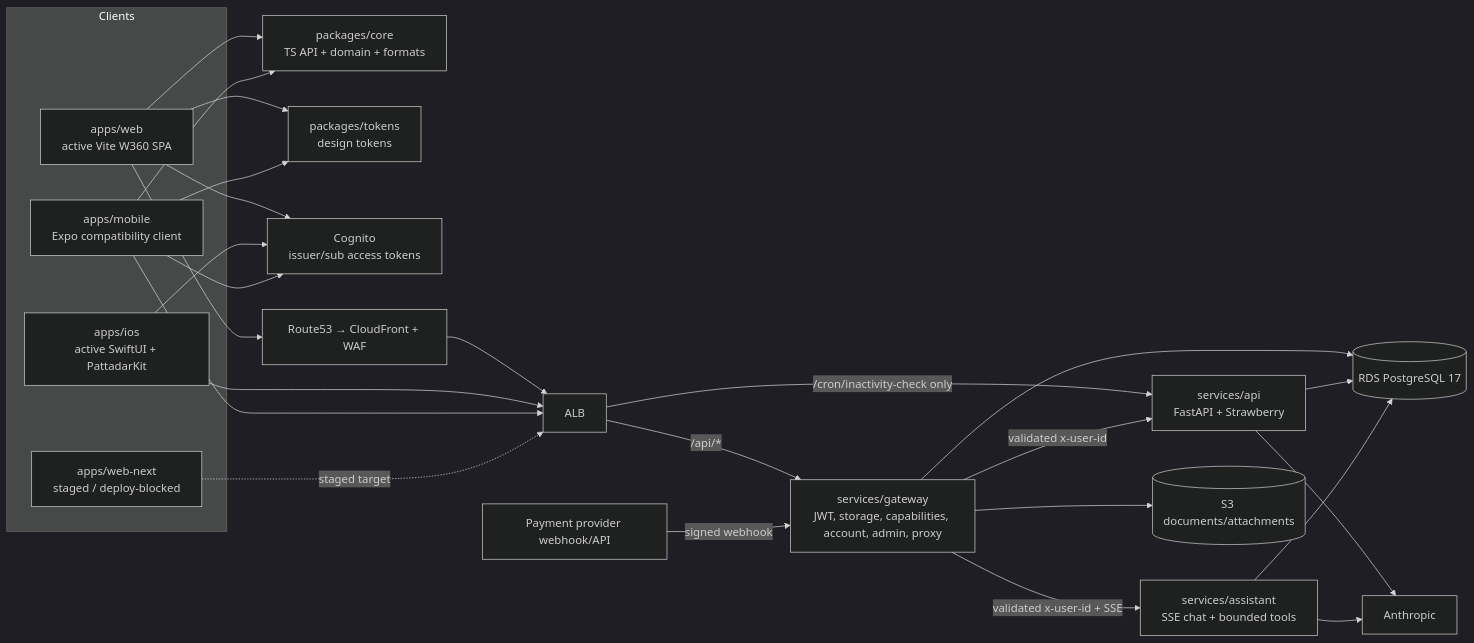
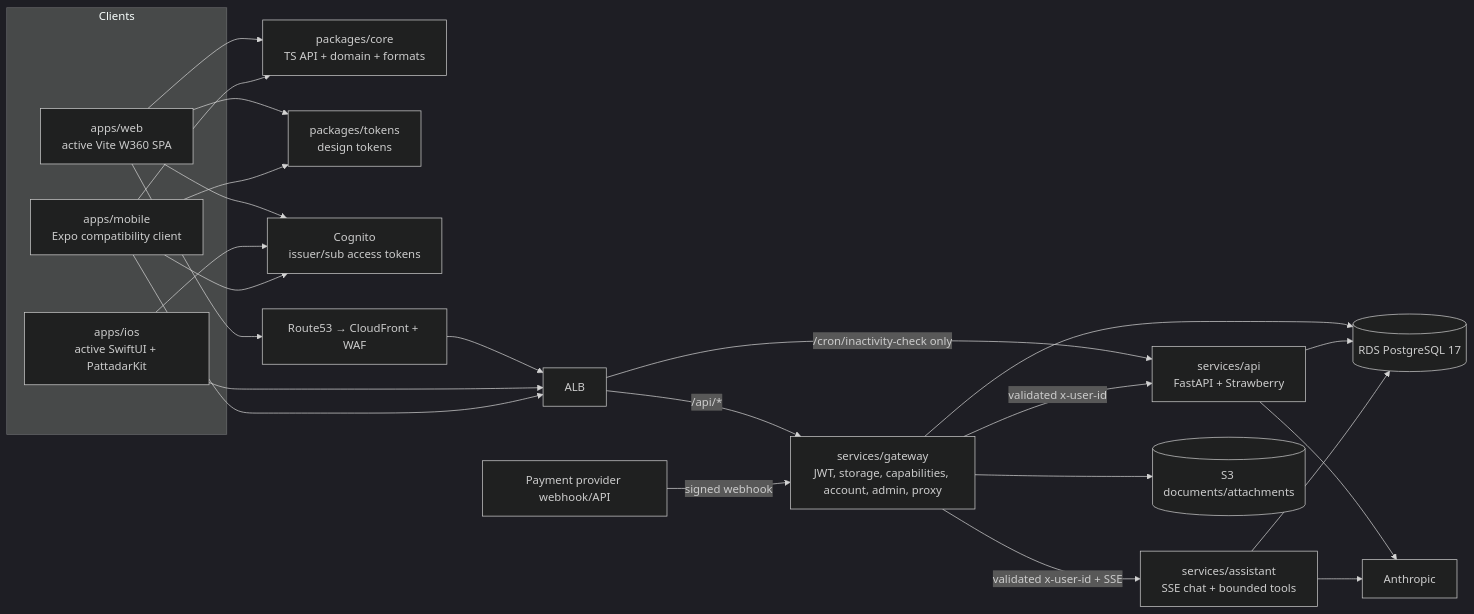
Before and after one commit to reddy-sh/pattadar-platform: the first of 4 diagrams in docs/architecture.md, drawn with Mermaid (dark theme). The commit also changed other lines of this file and 564 other files, not shown here.

First line of the commit message:
chore: remove apps/web-next

````diff
--- a/docs/architecture.md
+++ b/docs/architecture.md
@@ -9,37 +9,35 @@
 ```mermaid
 flowchart LR
   subgraph Clients
     WEB[apps/web\nactive Vite W360 SPA]
     IOS[apps/ios\nactive SwiftUI + PattadarKit]
     MOB[apps/mobile\nExpo compatibility client]
-    NEXT[apps/web-next\nstaged / deploy-blocked]
   end
   CORE[packages/core\nTS API + domain + formats]
   TOK[packages/tokens\ndesign tokens]
   COG[Cognito\nissuer/sub access tokens]
   EDGE[Route53 → CloudFront + WAF]
   ALB[ALB]
   GW[services/gateway\nJWT, storage, capabilities, account, admin, proxy]
   API[services/api\nFastAPI + Strawberry]
   AST[services/assistant\nSSE chat + bounded tools]
   PG[(RDS PostgreSQL 17)]
   S3[(S3 documents/attachments)]
   ANT[Anthropic]
   PAY[Payment provider webhook/API]
 
   WEB --> CORE
   MOB --> CORE
   WEB & MOB --> TOK
   WEB & IOS & MOB --> COG
   WEB --> EDGE --> ALB
   IOS & MOB --> ALB
   ALB -->|/api/*| GW
   ALB -->|/cron/inactivity-check only| API
   GW -->|validated x-user-id| API
   GW -->|validated x-user-id + SSE| AST
   GW --> S3
   GW & API & AST --> PG
   API & AST --> ANT
   PAY -->|signed webhook| GW
-  NEXT -. staged target .-> ALB
 ```
````
